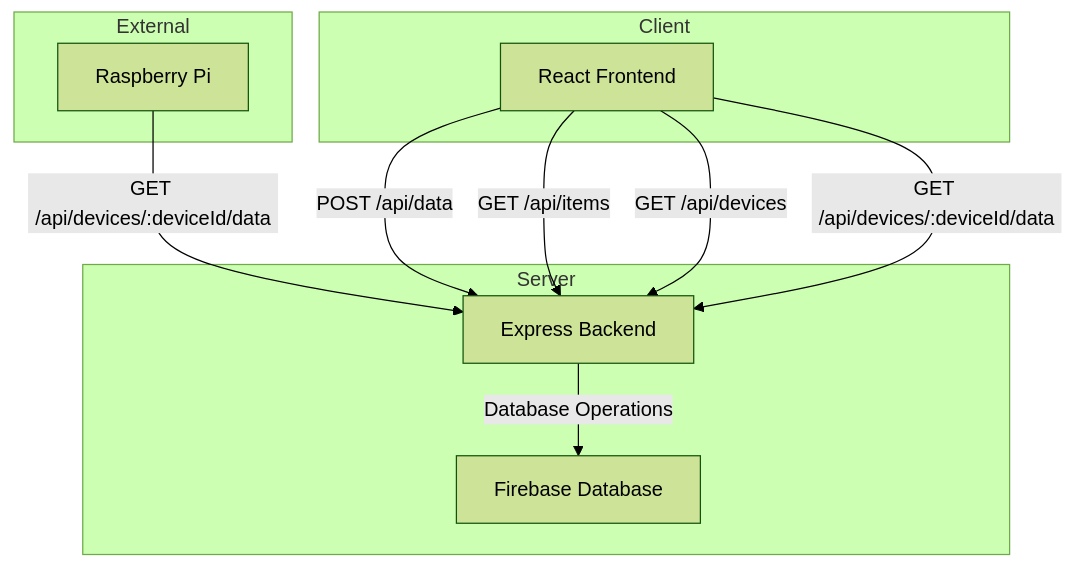
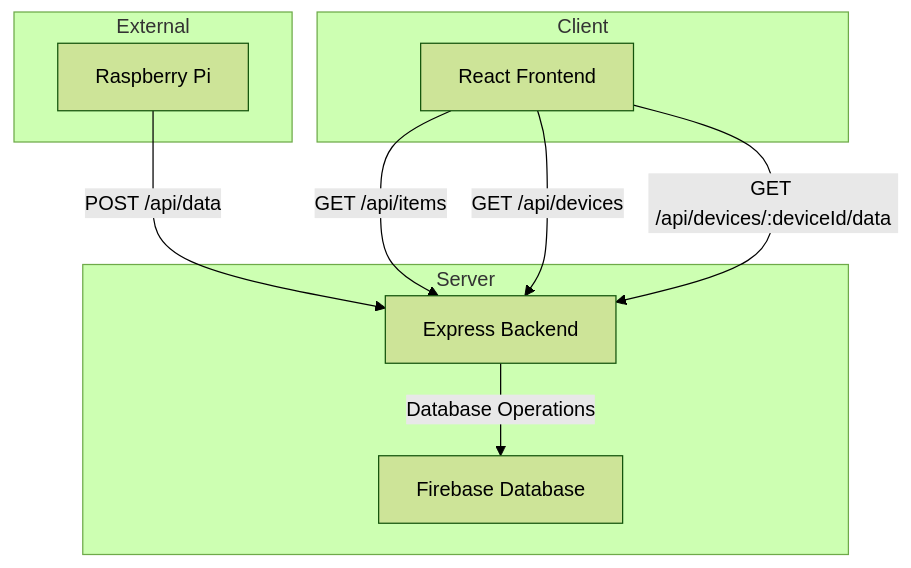
One commit to bobolle/The-G2-Project changed the diagram in server_and_client_Cassandra/README.md. Above: the diagram before and after it, drawn with Mermaid (forest theme).

````diff
--- a/server_and_client_Cassandra/README.md
+++ b/server_and_client_Cassandra/README.md
@@ -5,24 +5,22 @@
 ```mermaid
 graph TD
     subgraph Client
         A[React Frontend]
     end
 
     subgraph Server
         B[Express Backend]
         C[Firebase Database]
     end
 
     subgraph External
         E[Raspberry Pi]
     end
-    E -->|GET /api/devices/:deviceId/data| B
 
-
-    A -->|POST /api/data| B
+    E -->|POST /api/data| B
     A -->|GET /api/items| B
     A -->|GET /api/devices| B
     A -->|GET /api/devices/:deviceId/data| B
 
     B -->|Database Operations| C
 ```
````
